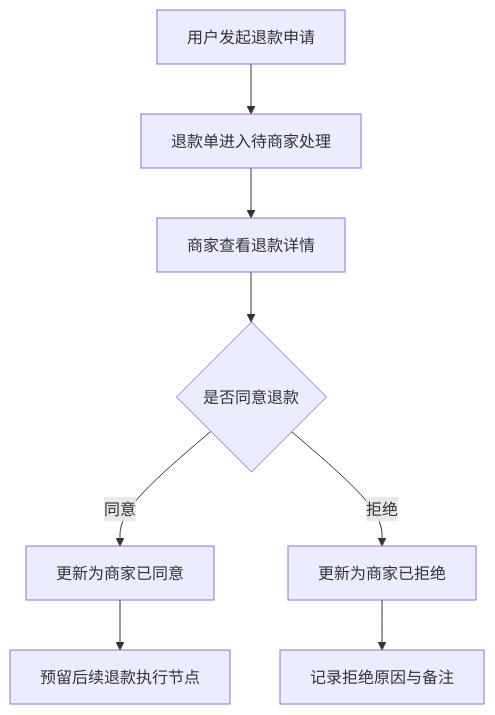
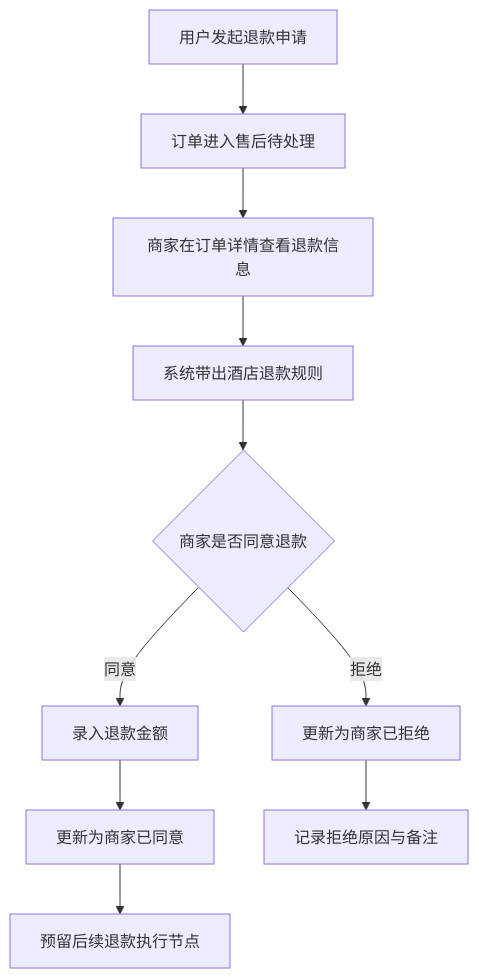
The third of 4 diagrams in plans/hotel-management-plan.md (hhhh-wang/YimaMerchant), drawn with Mermaid before and after one commit. The commit also changed other lines of this file and 2 other files, not shown here.

````diff
--- a/plans/hotel-management-plan.md
+++ b/plans/hotel-management-plan.md
@@ -422,10 +545,12 @@
 ```mermaid
 flowchart TD
-A[用户发起退款申请] --> B[退款单进入待商家处理]
-B --> C[商家查看退款详情]
-C --> D{是否同意退款}
-D -->|同意| E[更新为商家已同意]
-D -->|拒绝| F[更新为商家已拒绝]
-E --> G[预留后续退款执行节点]
-F --> H[记录拒绝原因与备注]
+A[用户发起退款申请] --> B[订单进入售后待处理]
+B --> C[商家在订单详情查看退款信息]
+C --> D[系统带出酒店退款规则]
+D --> E{商家是否同意退款}
+E -->|同意| F[录入退款金额]
+F --> G[更新为商家已同意]
+E -->|拒绝| H[更新为商家已拒绝]
+G --> I[预留后续退款执行节点]
+H --> J[记录拒绝原因与备注]
 ```
````
